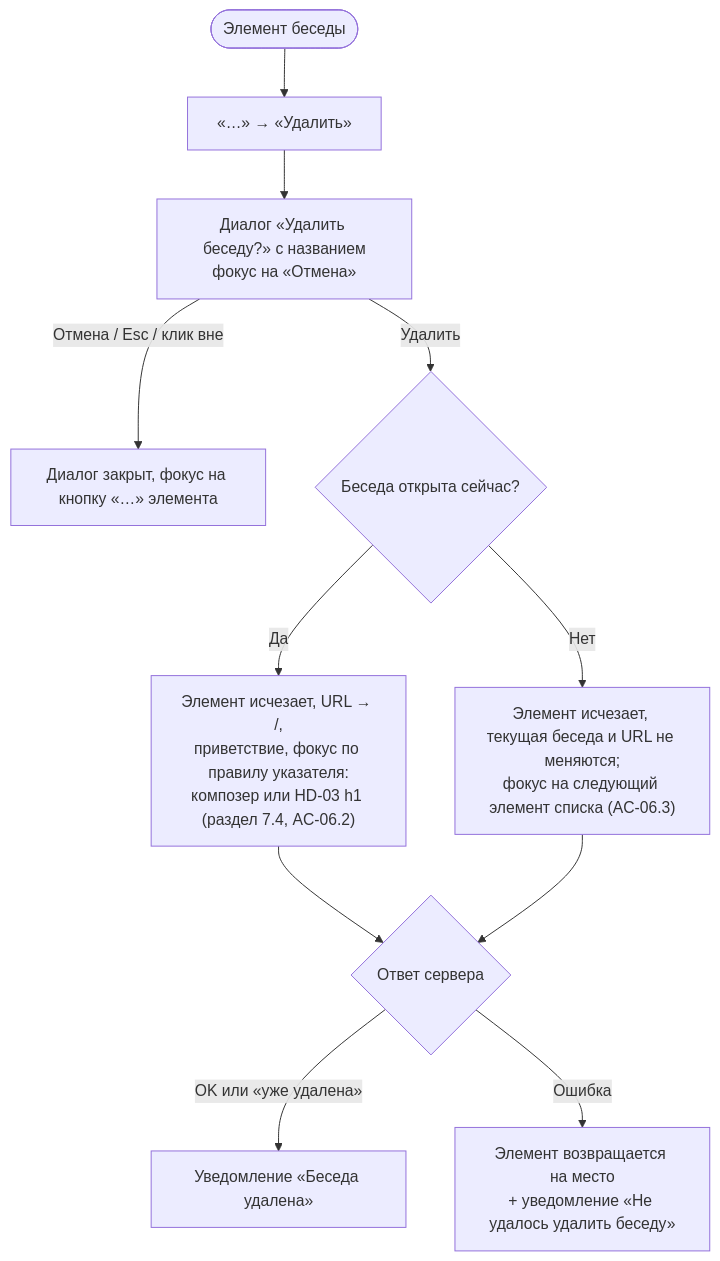
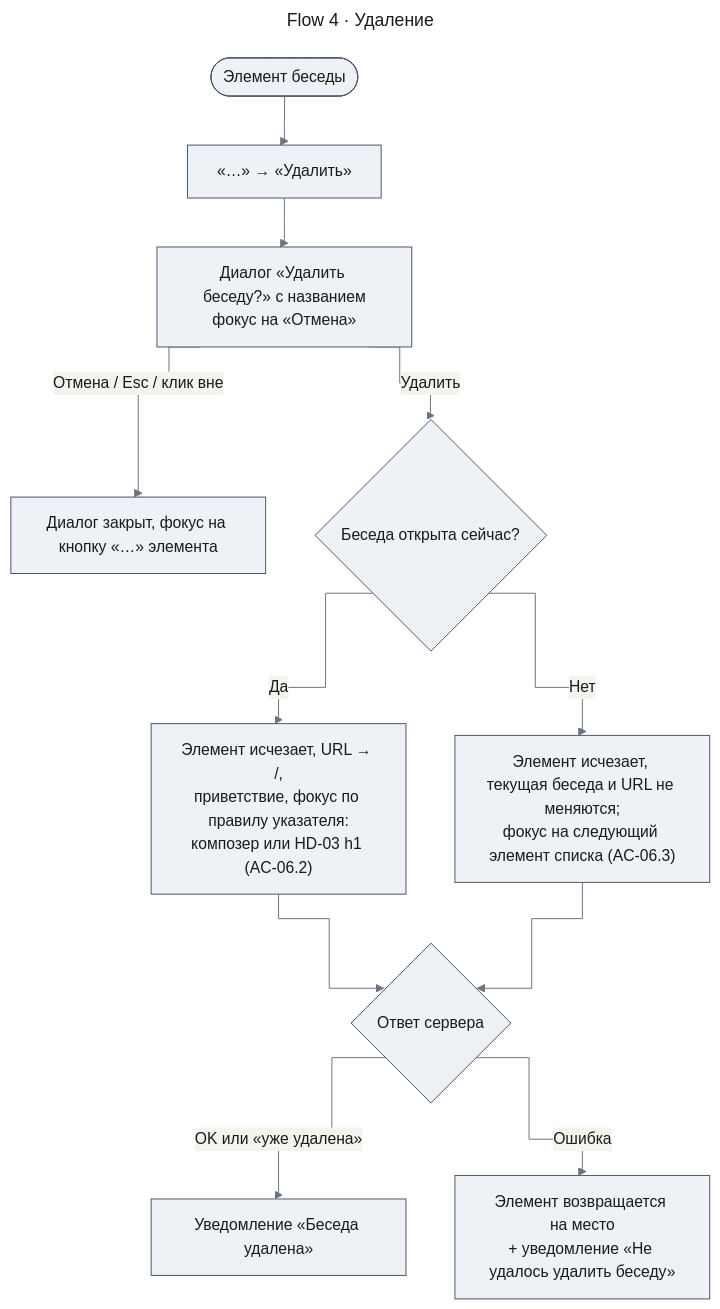
Before and after one commit to tundraray/agent-os: the ninth of 14 diagrams in docs/features/chat-shell/uxrd.md, drawn with Mermaid. The commit also changed other lines of this file and 10 other files, not shown here.

````diff
--- a/docs/features/chat-shell/uxrd.md
+++ b/docs/features/chat-shell/uxrd.md
@@ -240,13 +705,26 @@
 ```mermaid
+---
+title: "Flow 4 · Удаление"
+config:
+  theme: base
+  look: classic
+  themeVariables:
+    primaryColor: "#eef1f5"
+    primaryBorderColor: "#4b5563"
+    primaryTextColor: "#1a1a1a"
+    lineColor: "#6b7280"
+  flowchart:
+    curve: step
+---
 flowchart TD
     A([Элемент беседы]) --> B["«…» → «Удалить»"]
     B --> C["Диалог «Удалить беседу?» с названием<br/>фокус на «Отмена»"]
     C -->|Отмена / Esc / клик вне| D[Диалог закрыт, фокус на кнопку «…» элемента]
     C -->|Удалить| E{Беседа открыта сейчас?}
-    E -->|Да| F["Элемент исчезает, URL → /,<br/>приветствие, фокус по правилу указателя:<br/>композер или HD-03 h1 (раздел 7.4, AC-06.2)"]
+    E -->|Да| F["Элемент исчезает, URL → /,<br/>приветствие, фокус по правилу указателя:<br/>композер или HD-03 h1 (AC-06.2)"]
     E -->|Нет| G["Элемент исчезает, текущая беседа и URL не меняются;<br/>фокус на следующий элемент списка (AC-06.3)"]
     F --> H{Ответ сервера}
     G --> H
     H -->|OK или «уже удалена»| I["Уведомление «Беседа удалена»"]
     H -->|Ошибка| J["Элемент возвращается на место<br/>+ уведомление «Не удалось удалить беседу»"]
 ```
````
